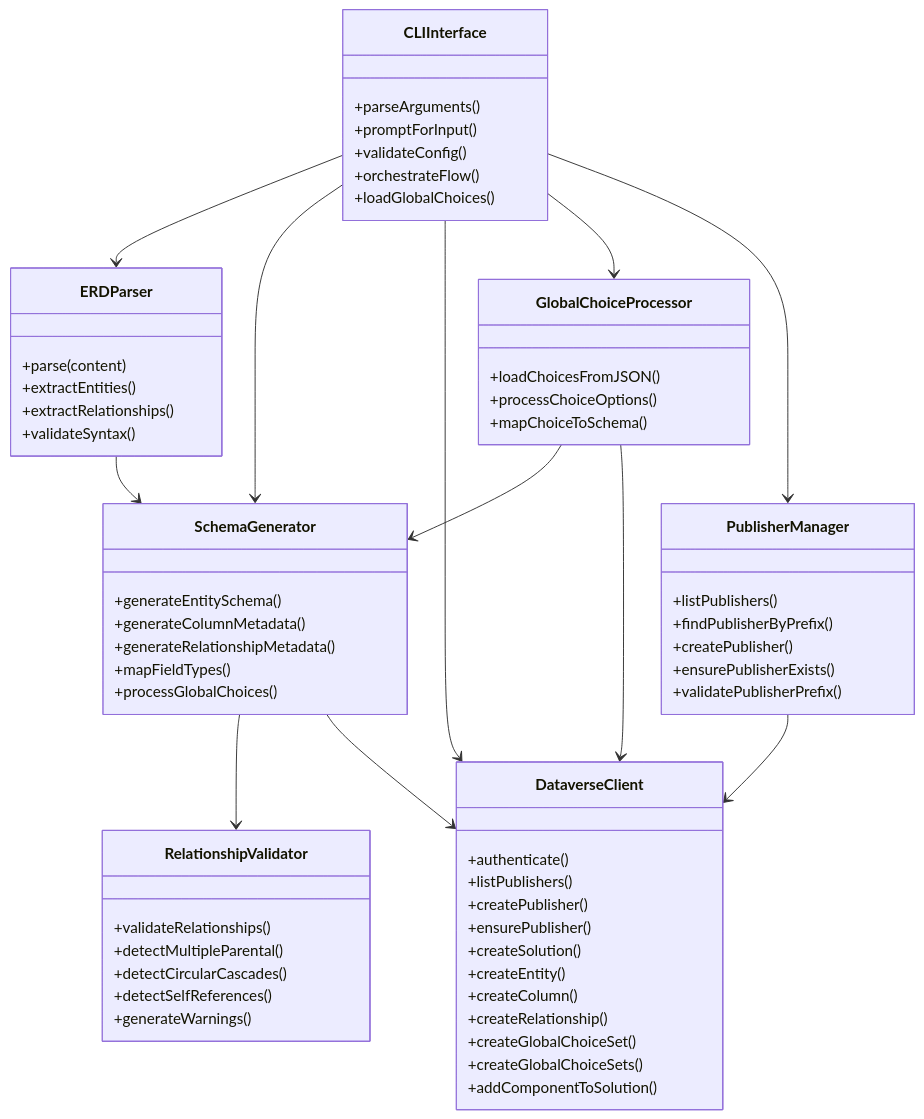
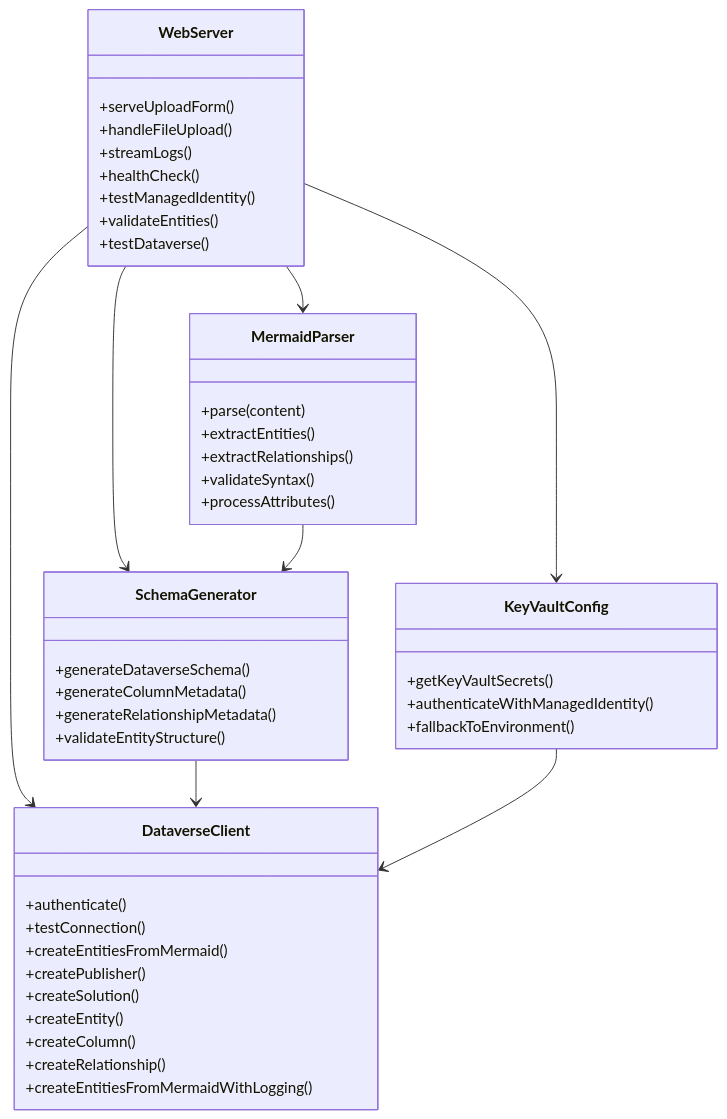
Before and after one commit to LuiseFreese/mermaid: the second of 8 diagrams in docs/DEVELOPER.md, drawn with Mermaid. The commit also changed other lines of this file and 37 other files, not shown here.

````diff
--- a/docs/DEVELOPER.md
+++ b/docs/DEVELOPER.md
@@ -93,73 +89,53 @@
 ```mermaid
 classDiagram
-    class CLIInterface {
-        +parseArguments()
-        +promptForInput()
-        +validateConfig()
-        +orchestrateFlow()
-        +loadGlobalChoices()
+    class WebServer {
+        +serveUploadForm()
+        +handleFileUpload()
+        +streamLogs()
+        +healthCheck()
+        +testManagedIdentity()
+        +validateEntities()
+        +testDataverse()
     }
     
-    class ERDParser {
+    class MermaidParser {
         +parse(content)
         +extractEntities()
         +extractRelationships()
         +validateSyntax()
-    }
-    
-    class SchemaGenerator {
-        +generateEntitySchema()
-        +generateColumnMetadata()
-        +generateRelationshipMetadata()
-        +mapFieldTypes()
-        +processGlobalChoices()
-    }
-    
-    class RelationshipValidator {
-        +validateRelationships()
-        +detectMultipleParental()
-        +detectCircularCascades()
-        +detectSelfReferences()
-        +generateWarnings()
+        +processAttributes()
     }
     
     class DataverseClient {
         +authenticate()
-        +listPublishers()
+        +testConnection()
+        +createEntitiesFromMermaid()
         +createPublisher()
-        +ensurePublisher()
         +createSolution()
         +createEntity()
         +createColumn()
         +createRelationship()
-        +createGlobalChoiceSet()
-        +createGlobalChoiceSets()
-        +addComponentToSolution()
+        +createEntitiesFromMermaidWithLogging()
     }
     
-    class GlobalChoiceProcessor {
-        +loadChoicesFromJSON()
-        +processChoiceOptions()
-        +mapChoiceToSchema()
+    class KeyVaultConfig {
+        +getKeyVaultSecrets()
+        +authenticateWithManagedIdentity()
+        +fallbackToEnvironment()
     }
     
-    class PublisherManager {
-        +listPublishers()
-        +findPublisherByPrefix()
-        +createPublisher()
-        +ensurePublisherExists()
-        +validatePublisherPrefix()
+    class SchemaGenerator {
+        +generateDataverseSchema()
+        +generateColumnMetadata()
+        +generateRelationshipMetadata()
+        +validateEntityStructure()
     }
     
-    CLIInterface --> ERDParser
-    CLIInterface --> SchemaGenerator
-    CLIInterface --> DataverseClient
-    CLIInterface --> GlobalChoiceProcessor
-    CLIInterface --> PublisherManager
-    ERDParser --> SchemaGenerator
-    SchemaGenerator --> RelationshipValidator
+    WebServer --> MermaidParser
+    WebServer --> DataverseClient
+    WebServer --> KeyVaultConfig
+    WebServer --> SchemaGenerator
+    MermaidParser --> SchemaGenerator
     SchemaGenerator --> DataverseClient
-    GlobalChoiceProcessor --> SchemaGenerator
-    GlobalChoiceProcessor --> DataverseClient
-    PublisherManager --> DataverseClient
+    KeyVaultConfig --> DataverseClient
 ```
````
